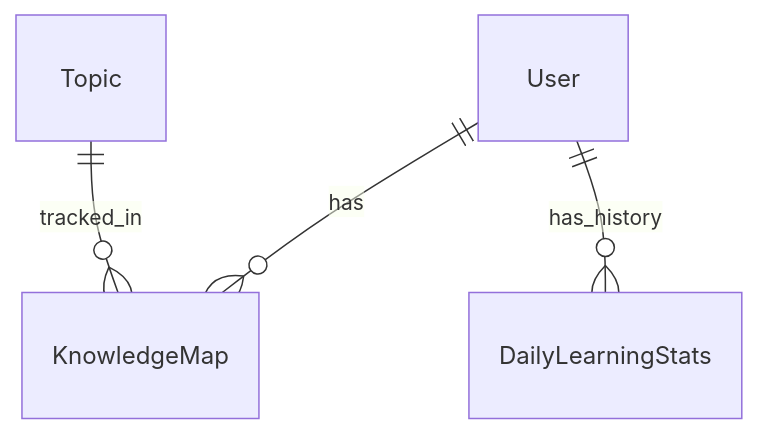
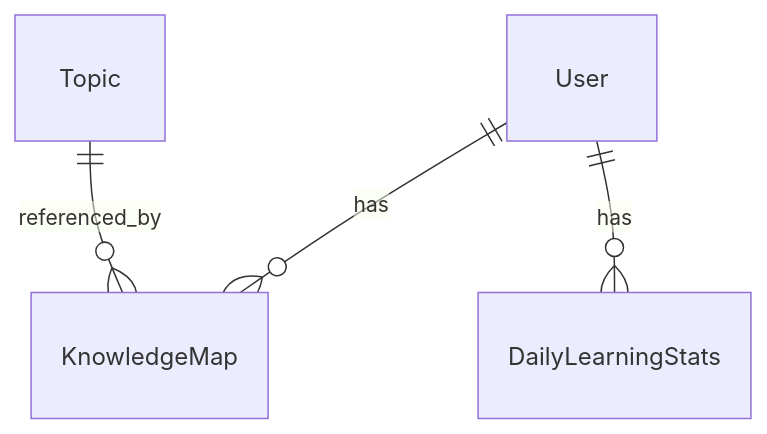
Before and after one commit to philongdanh/lms: the diagram in docs/specs/02-modules/analytics/data.md, drawn with Mermaid. The commit also changed other lines of this file and 53 other files, not shown here.

````diff
--- a/docs/specs/02-modules/analytics/data.md
+++ b/docs/specs/02-modules/analytics/data.md
@@ -55,11 +52,11 @@
 ```mermaid
 ---
 config:
   themeVariables:
     fontFamily: "EB Garamond"
 ---
 erDiagram
     User ||--o{ KnowledgeMap : "has"
-    Topic ||--o{ KnowledgeMap : "tracked_in"
-    User ||--o{ DailyLearningStats : "has_history"
+    User ||--o{ DailyLearningStats : "has"
+    Topic ||--o{ KnowledgeMap : "referenced_by"
 ```
````
